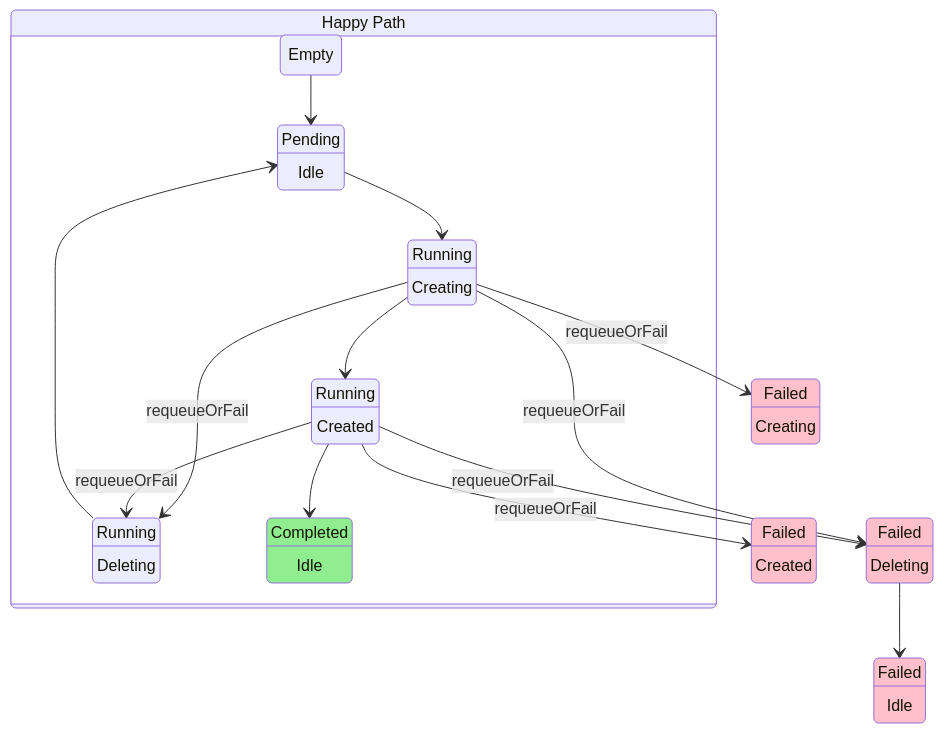
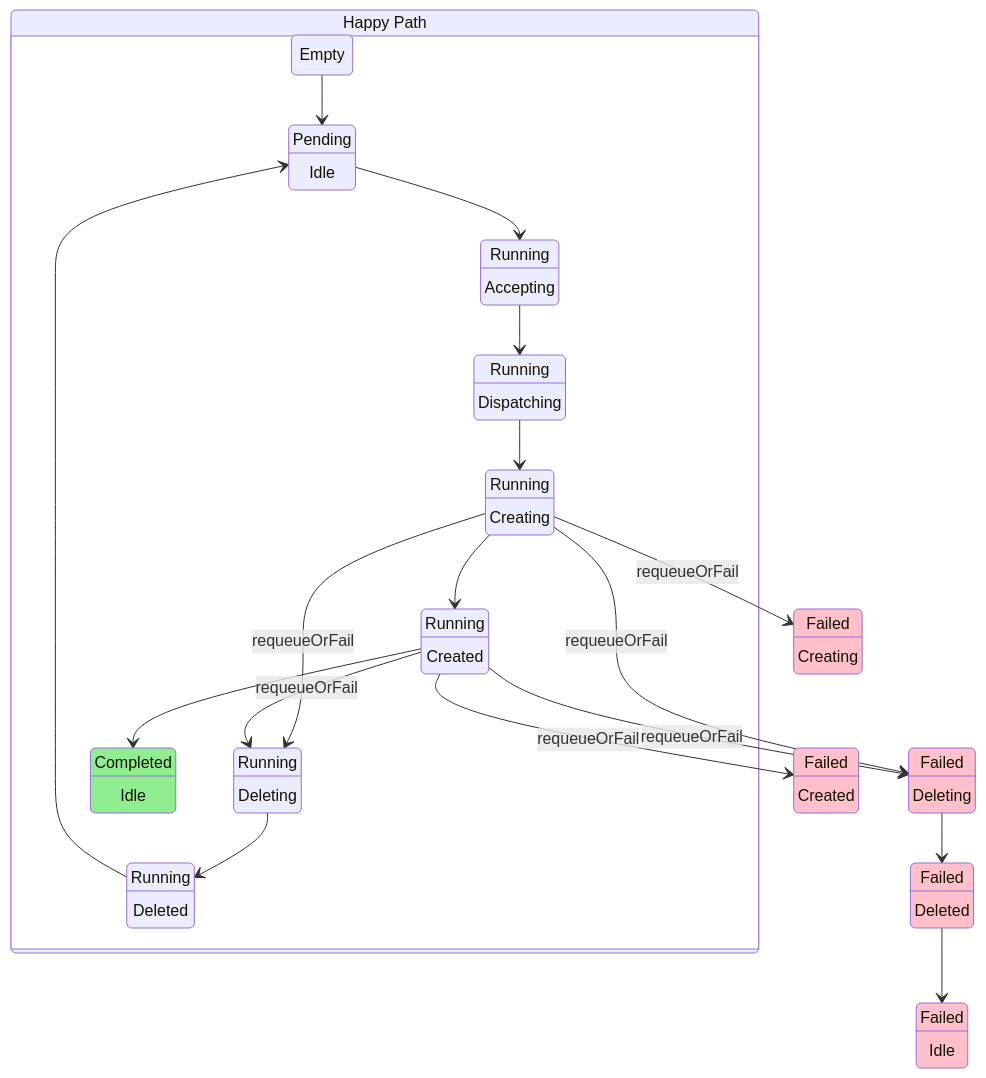
Before and after one commit to project-codeflare/mcad: the diagram in docs/state-diagram.md, drawn with Mermaid. The commit also changed 18 other files, not shown here.

````diff
--- a/docs/state-diagram.md
+++ b/docs/state-diagram.md
@@ -5,56 +5,69 @@
 ```mermaid
 stateDiagram-v2
     %% Empty
     e : Empty
 
     %% Queued
     qi : Pending
     qi : Idle
 
     %% Running
+    ra : Running
+    ra : Accepting
+    ri : Running
+    ri : Dispatching
     rc : Running
     rc : Creating
     rcd : Running
     rcd : Created
     rd : Running
     rd : Deleting
+    rf : Running
+    rf : Deleted
 
     %% Succeeded
     si : Completed
     si : Idle
 
     %% Failed
     fc : Failed
     fc : Creating
     fcd : Failed
     fcd : Created
     fd : Failed
     fd : Deleting
+    ff : Failed
+    ff : Deleted
     fi: Failed
     fi : Idle
 
     HappyPath : Happy Path
     state HappyPath  {
         e --> qi
-        qi --> rc
+        qi --> ra
+        ra --> ri
+        ri --> rc
         rc --> rcd
         rcd --> si
         rc --> rd : requeueOrFail
         rcd --> rd : requeueOrFail
-        rd --> qi
+        rd --> rf
+        rf --> qi
     }
     rc --> fc : requeueOrFail
     rc --> fd : requeueOrFail
     rcd --> fcd : requeueOrFail
     rcd --> fd : requeueOrFail
-    fd --> fi
+    fd --> ff
+    ff --> fi
 
     classDef failed fill:pink
     class fi failed
     class fc failed
     class fcd failed
     class fd failed
+    class ff failed
 
     classDef succeeded fill:lightgreen
     class si succeeded
 ```
````
